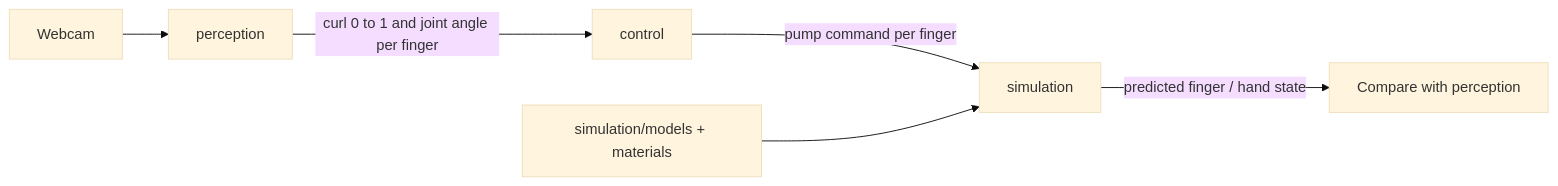
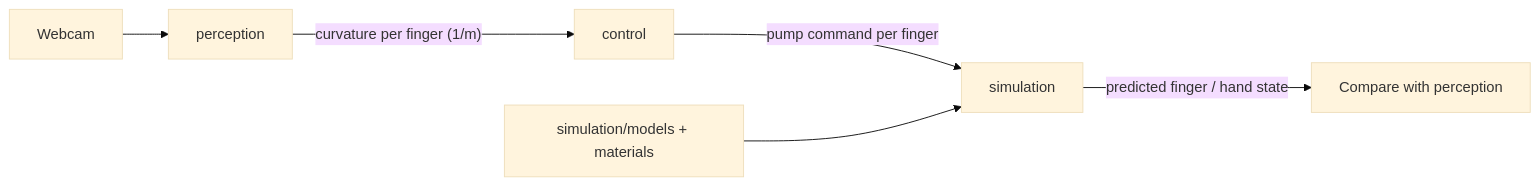
One commit to chengzansong/robotic_hand_tracking changed the diagram in CONTRACTS.md. Above: the diagram before and after it, drawn with Mermaid (base theme). The commit also changed other lines of this file, not shown here.

First line of the commit message:
Record per-finger curvature as the control target in the contracts

````diff
--- a/CONTRACTS.md
+++ b/CONTRACTS.md
@@ -5,8 +5,8 @@
 ```mermaid
 flowchart LR
   webcam[Webcam] --> perception[perception]
-  perception -->|"curl 0 to 1 and joint angle per finger"| control[control]
+  perception -->|"curvature per finger (1/m)"| control[control]
   control -->|"pump command per finger"| simulation[simulation]
   model[simulation/models + materials] --> simulation
   simulation -->|"predicted finger / hand state"| review[Compare with perception]
 ```
````
